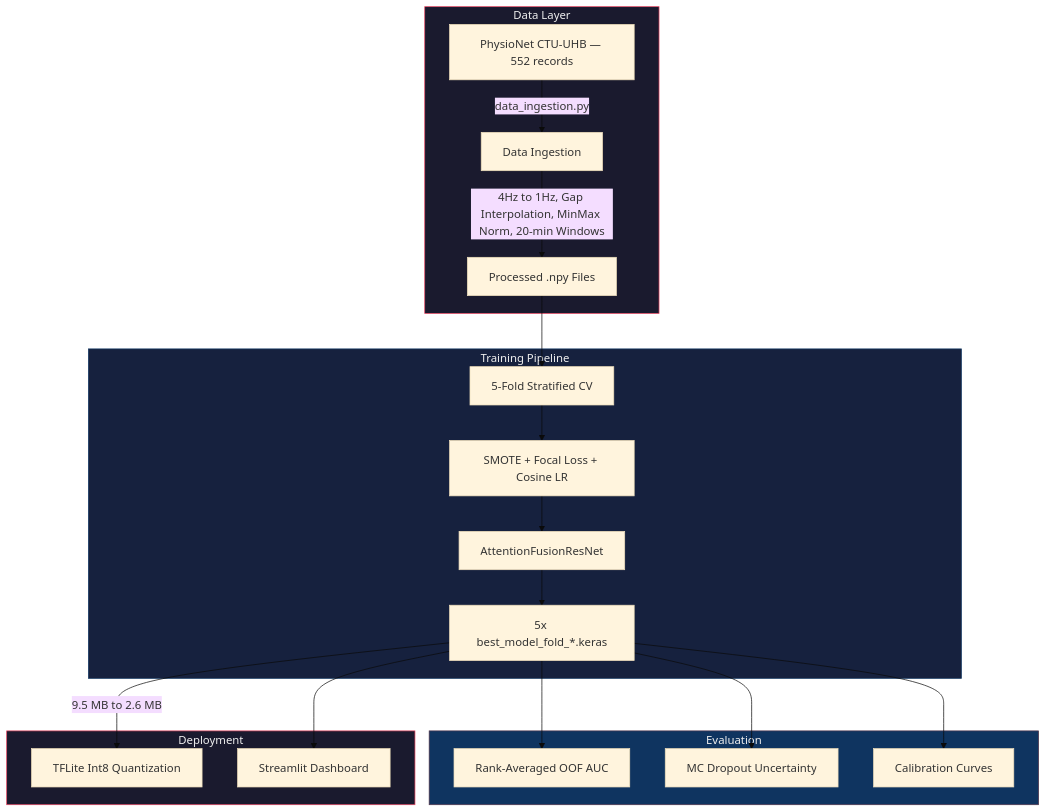
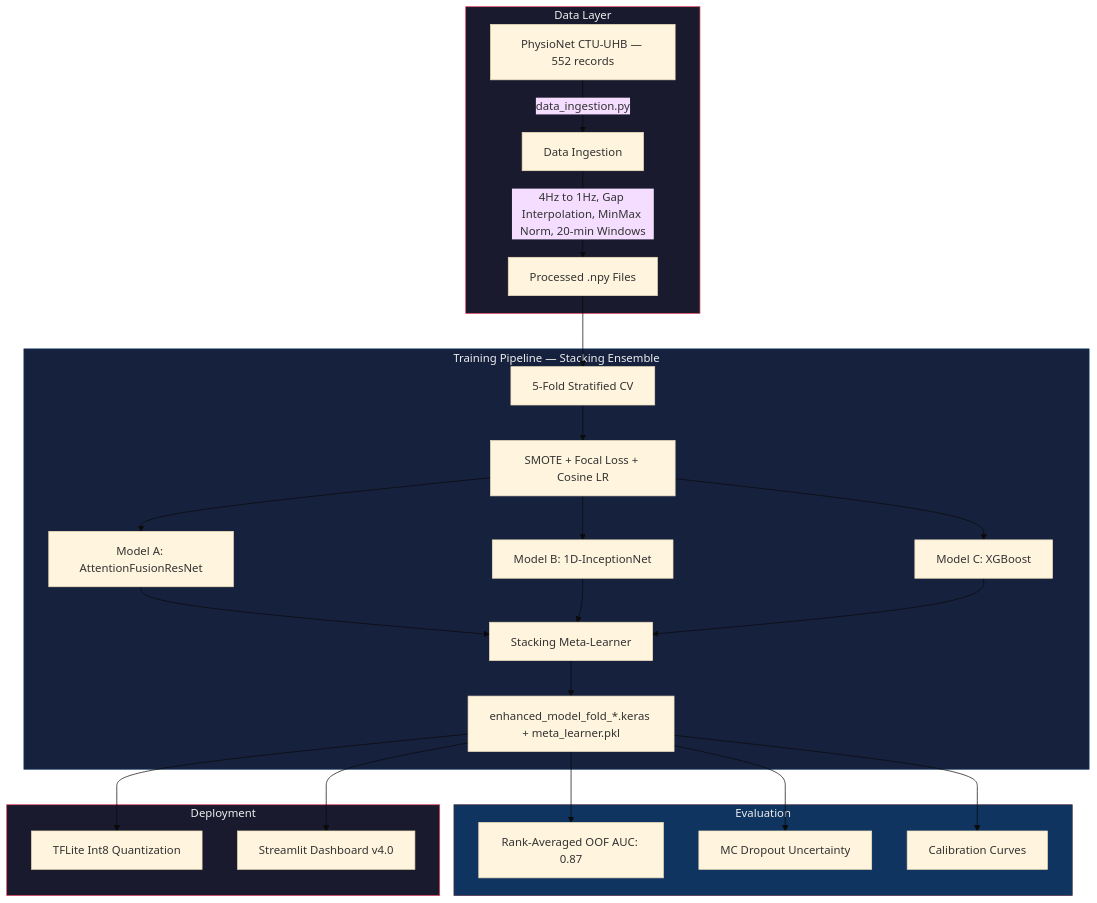
One commit to Krishna200608/NeuroFetal-AI changed the first of 4 diagrams in Reports/explain.md. Above: the diagram before and after it, drawn with Mermaid (base theme). The commit also changed other lines of this file and 4 other files, not shown here.

````diff
--- a/Reports/explain.md
+++ b/Reports/explain.md
@@ -117,30 +117,33 @@
 ```mermaid
 flowchart TD
     subgraph DATA ["Data Layer"]
         A["PhysioNet CTU-UHB — 552 records"] -->|"data_ingestion.py"| B["Data Ingestion"]
         B -->|"4Hz to 1Hz, Gap Interpolation, MinMax Norm, 20-min Windows"| C["Processed .npy Files"]
     end
 
-    subgraph TRAIN ["Training Pipeline"]
+    subgraph TRAIN ["Training Pipeline — Stacking Ensemble"]
         C --> D["5-Fold Stratified CV"]
         D --> E["SMOTE + Focal Loss + Cosine LR"]
-        E --> F["AttentionFusionResNet"]
-        F --> G["5x best_model_fold_*.keras"]
+        E --> F1["Model A: AttentionFusionResNet"]
+        E --> F2["Model B: 1D-InceptionNet"]
+        E --> F3["Model C: XGBoost"]
+        F1 & F2 & F3 --> G["Stacking Meta-Learner"]
+        G --> H["enhanced_model_fold_*.keras + meta_learner.pkl"]
     end
 
     subgraph EVAL ["Evaluation"]
-        G --> H["Rank-Averaged OOF AUC"]
-        G --> I["MC Dropout Uncertainty"]
-        G --> J["Calibration Curves"]
+        H --> I["Rank-Averaged OOF AUC: 0.87"]
+        H --> J["MC Dropout Uncertainty"]
+        H --> K["Calibration Curves"]
     end
 
     subgraph DEPLOY ["Deployment"]
-        G -->|"9.5 MB to 2.6 MB"| K["TFLite Int8 Quantization"]
-        G --> L["Streamlit Dashboard"]
+        H --> L["TFLite Int8 Quantization"]
+        H --> M["Streamlit Dashboard v4.0"]
     end
 
     style DATA fill:#1a1a2e,stroke:#e94560,color:#eee
     style TRAIN fill:#16213e,stroke:#0f3460,color:#eee
     style EVAL fill:#0f3460,stroke:#53354a,color:#eee
     style DEPLOY fill:#1a1a2e,stroke:#e94560,color:#eee
 ```
````
